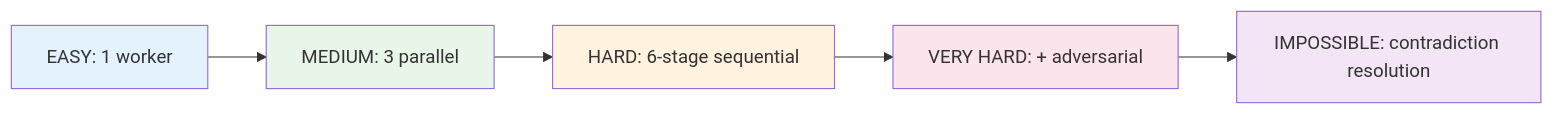
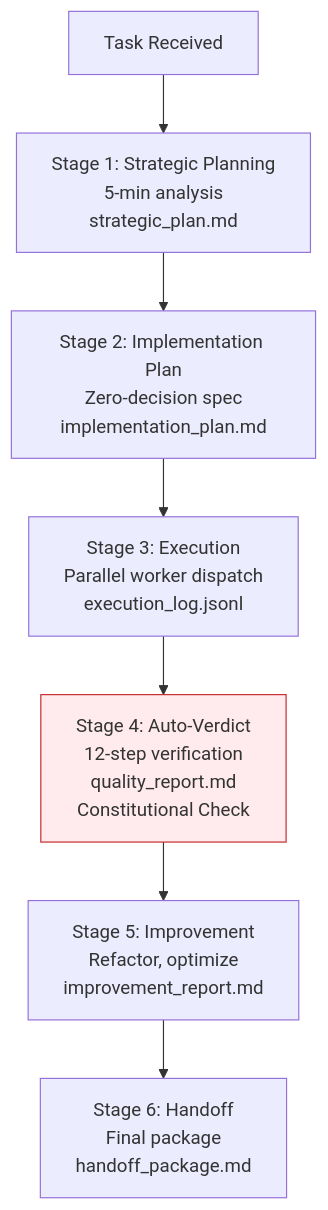
One commit to MohamedNamper333/swarm-agent changed the second of 3 diagrams in SWARM-INDEX-000.md. Above: the diagram before and after it, drawn with Mermaid. The commit also changed other lines of this file and 16 other files, not shown here.

````diff
--- a/SWARM-INDEX-000.md
+++ b/SWARM-INDEX-000.md
@@ -58,13 +108,11 @@
 ```mermaid
-graph LR
-    A[EASY: 1 worker] --> B[MEDIUM: 3 parallel]
-    B --> C[HARD: 6-stage sequential]
-    C --> D[VERY HARD: + adversarial]
-    D --> E[IMPOSSIBLE: contradiction resolution]
+flowchart TD
+    A[Task Received] --> B[Stage 1: Strategic Planning<br/>5-min analysis<br/>strategic_plan.md]
+    B --> C[Stage 2: Implementation Plan<br/>Zero-decision spec<br/>implementation_plan.md]
+    C --> D[Stage 3: Execution<br/>Parallel worker dispatch<br/>execution_log.jsonl]
+    D --> E[Stage 4: Auto-Verdict<br/>12-step verification<br/>quality_report.md<br/>Constitutional Check]
+    E --> F[Stage 5: Improvement<br/>Refactor, optimize<br/>improvement_report.md]
+    F --> G[Stage 6: Handoff<br/>Final package<br/>handoff_package.md]
     
-    style A fill:#e3f2fd
-    style B fill:#e8f5e9
-    style C fill:#fff3e0
-    style D fill:#fce4ec
-    style E fill:#f3e5f5
+    style E fill:#ffebee,stroke:#c62828
 ```
````
